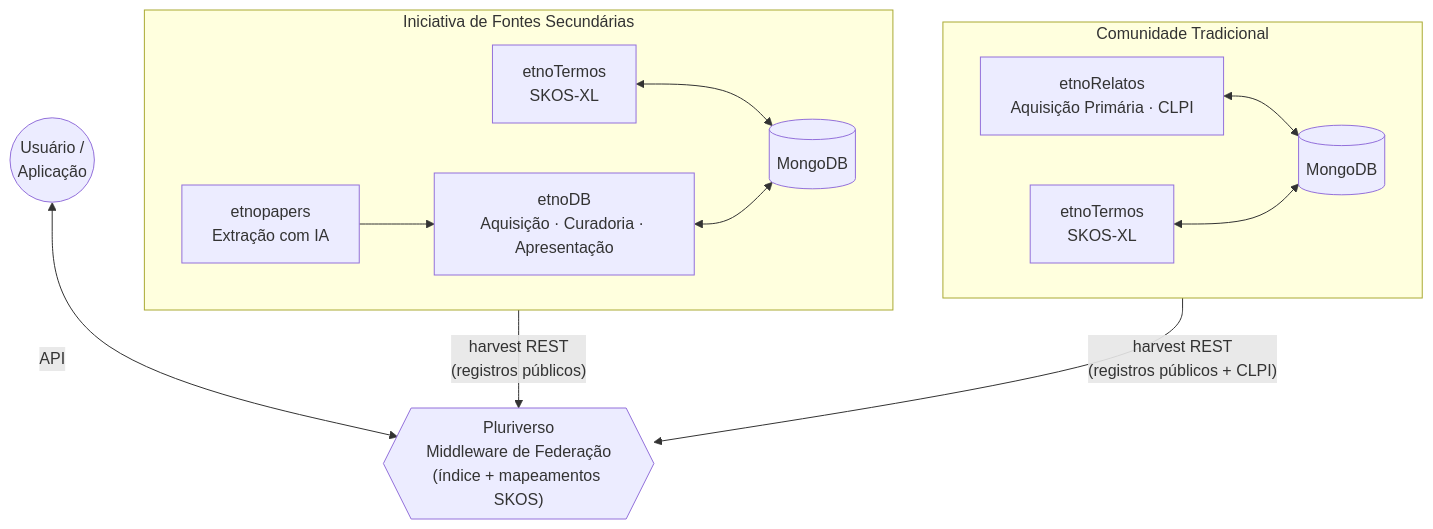
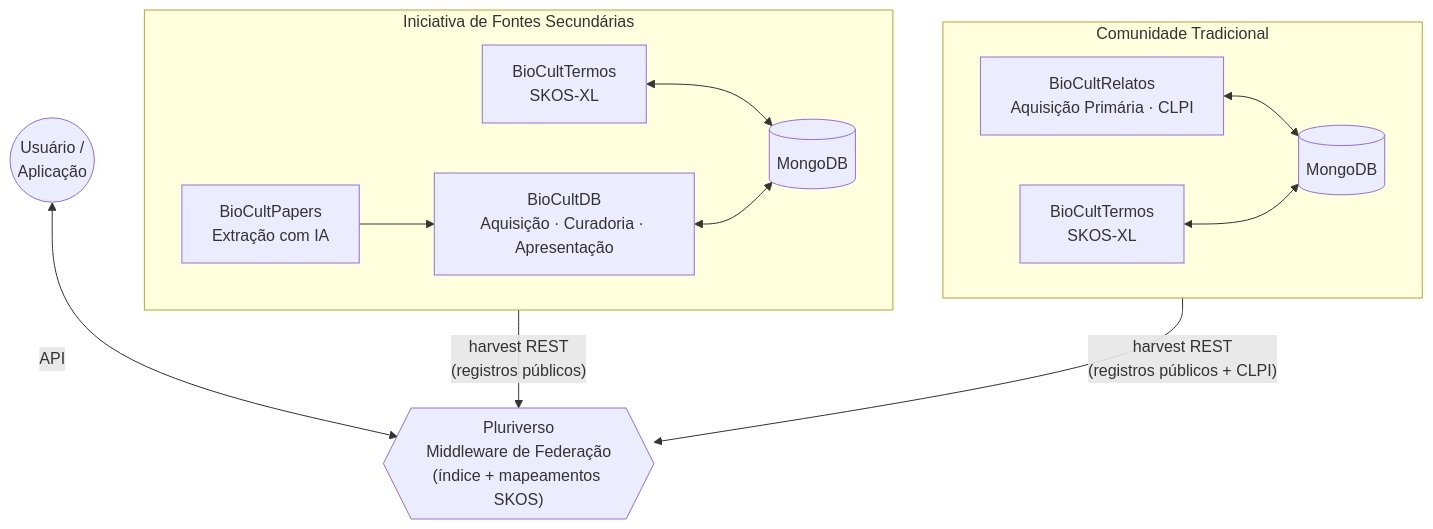
Before and after one commit to edalcin/Arquitetura-BioCultural: the second of 4 diagrams in README.md, drawn with Mermaid. The commit also changed other lines of this file and 12 other files, not shown here.

Commit message:
docs: atualizar referencias de etnoDB/etnopapers/etnoRelatos/etnotermos/etnoArquitetura para os novos nomes de marca (BioCultDB, BioCultPapers, BioCultRelatos, BioCultTermos, Arquitetura BioCultural)

````diff
--- a/README.md
+++ b/README.md
@@ -277,20 +277,20 @@
 ```mermaid
 graph TD
     subgraph I1["Iniciativa de Fontes Secundárias"]
-        EP["etnopapers\nExtração com IA"] --> EDB["etnoDB\nAquisição · Curadoria · Apresentação"]
-        ET1["etnoTermos\nSKOS-XL"] <--> MDB1[("MongoDB")]
+        EP["BioCultPapers\nExtração com IA"] --> EDB["BioCultDB\nAquisição · Curadoria · Apresentação"]
+        ET1["BioCultTermos\nSKOS-XL"] <--> MDB1[("MongoDB")]
         EDB <--> MDB1
     end
 
     subgraph C2["Comunidade Tradicional"]
-        ER["etnoRelatos\nAquisição Primária · CLPI"] <--> MDB2[("MongoDB")]
-        ET2["etnoTermos\nSKOS-XL"] <--> MDB2
+        ER["BioCultRelatos\nAquisição Primária · CLPI"] <--> MDB2[("MongoDB")]
+        ET2["BioCultTermos\nSKOS-XL"] <--> MDB2
     end
 
     PL{{"Pluriverso\nMiddleware de Federação\n(índice + mapeamentos SKOS)"}}
     U((Usuário /\nAplicação))
 
     I1 -->|"harvest REST\n(registros públicos)"| PL
     C2 -->|"harvest REST\n(registros públicos + CLPI)"| PL
     U <-->|API| PL
 ```
````
